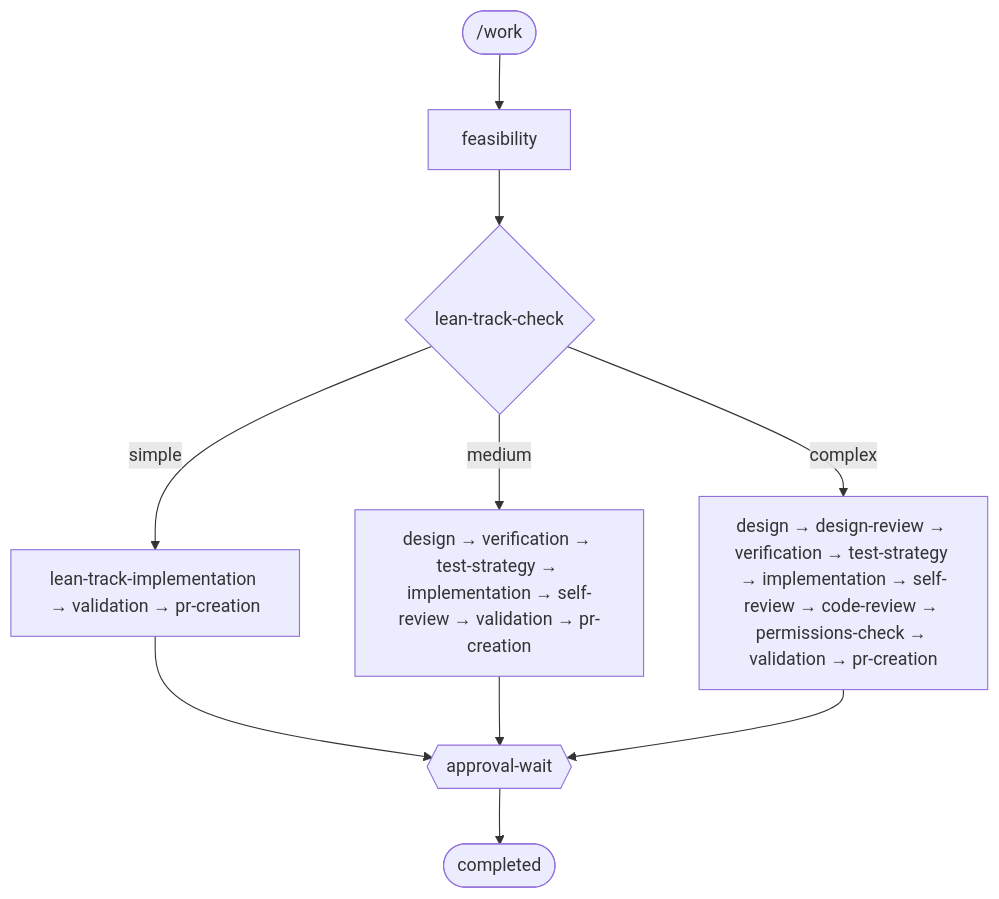
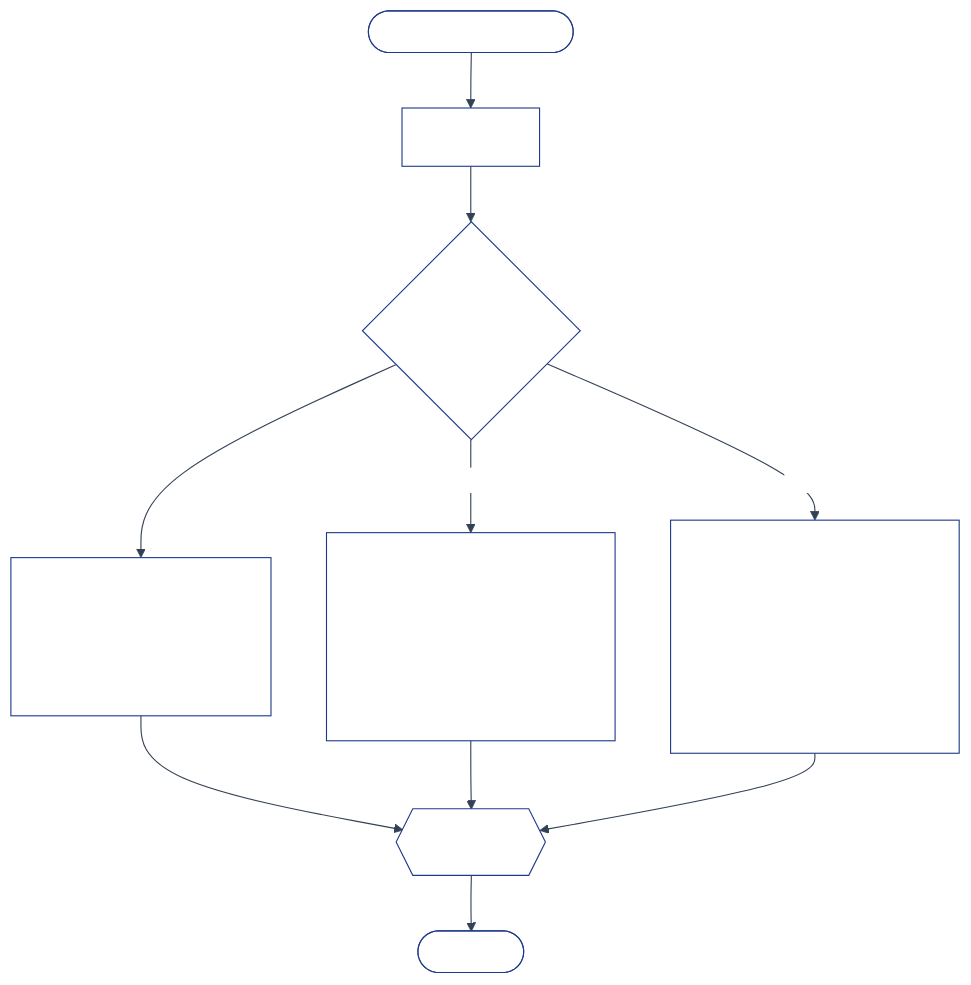
Before and after one commit to surajSFDC/agentic-swe: the first of 3 diagrams in README.md, drawn with Mermaid. The commit also changed other lines of this file and 3 other files, not shown here.

First line of the commit message:
Drop README image assets; sharpen Mermaid styling

````diff
--- a/README.md
+++ b/README.md
@@ -26,14 +24,18 @@
 ```mermaid
+%%{init: {'theme': 'base', 'themeVariables': {'fontFamily': 'system-ui, Segoe UI, Roboto, Helvetica, Arial, sans-serif', 'fontSize': '15px', 'primaryColor': '#1d4ed8', 'primaryTextColor': '#ffffff', 'primaryBorderColor': '#1e3a8a', 'secondaryColor': '#f1f5f9', 'secondaryTextColor': '#0f172a', 'secondaryBorderColor': '#64748b', 'tertiaryColor': '#fef3c7', 'tertiaryTextColor': '#422006', 'tertiaryBorderColor': '#b45309', 'lineColor': '#334155', 'textColor': '#0f172a', 'mainBkg': '#ffffff', 'clusterBkg': '#f8fafc', 'clusterBorder': '#94a3b8', 'titleColor': '#0f172a', 'edgeLabelBackground': '#ffffff'}}}%%
 flowchart TD
-    start(["/work"]) --> feasibility["feasibility"]
-    feasibility --> check{"lean-track-check"}
+    start(["/work — start or resume"])
+    start --> feasibility["feasibility"]
 
-    check -->|"simple"| lean["lean-track-implementation → validation → pr-creation"]
-    check -->|"medium"| std["design → verification → test-strategy → implementation → self-review → validation → pr-creation"]
-    check -->|"complex"| rig["design → design-review → verification → test-strategy → implementation → self-review → code-review → permissions-check → validation → pr-creation"]
+    feasibility --> check{"lean-track-check<br/>sets pipeline.track"}
 
-    lean --> gate{{"approval-wait"}}
+    check -->|"lean"| lean["Lean track<br/>────────────<br/>lean-track-implementation<br/>validation<br/>pr-creation"]
+    check -->|"standard"| std["Standard track<br/>────────────<br/>design → verification<br/>test-strategy → implementation<br/>self-review → validation<br/>pr-creation"]
+    check -->|"rigorous"| rig["Rigorous track<br/>────────────<br/>design → design-review<br/>verification → test-strategy<br/>implementation → self-review<br/>code-review → permissions-check<br/>validation → pr-creation"]
+
+    lean --> gate{{"approval-wait<br/>human gate"}}
     std --> gate
     rig --> gate
+
     gate --> done(["completed"])
 ```
````
